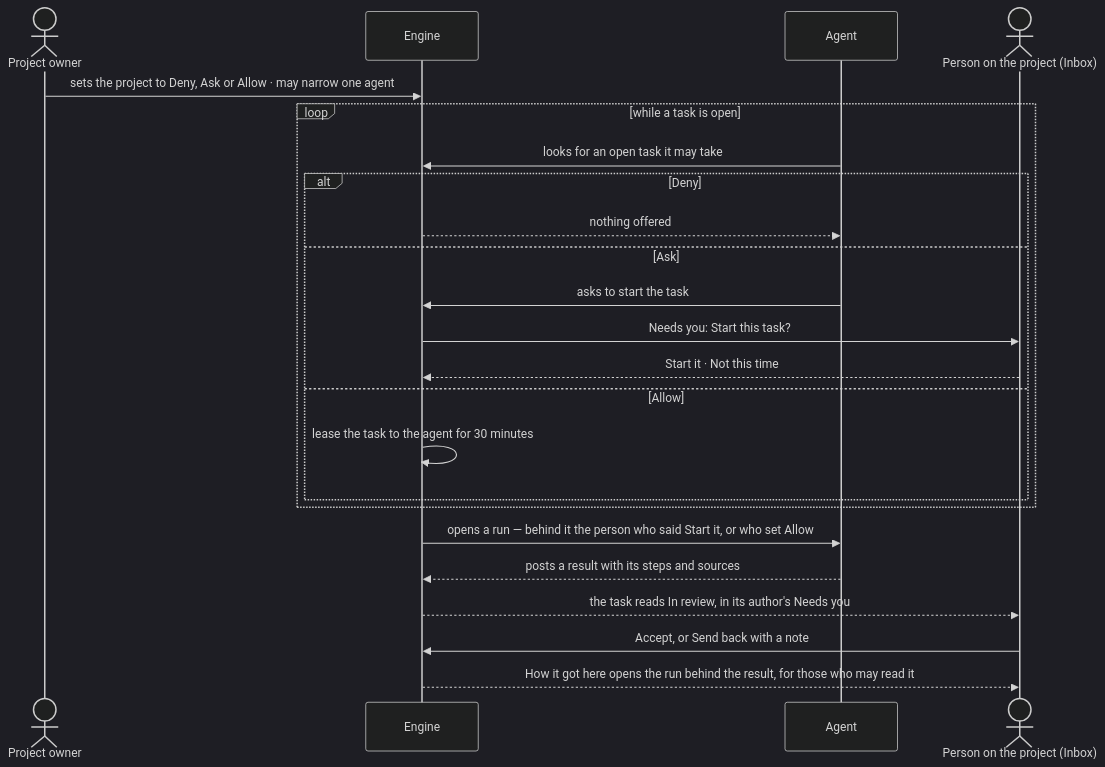
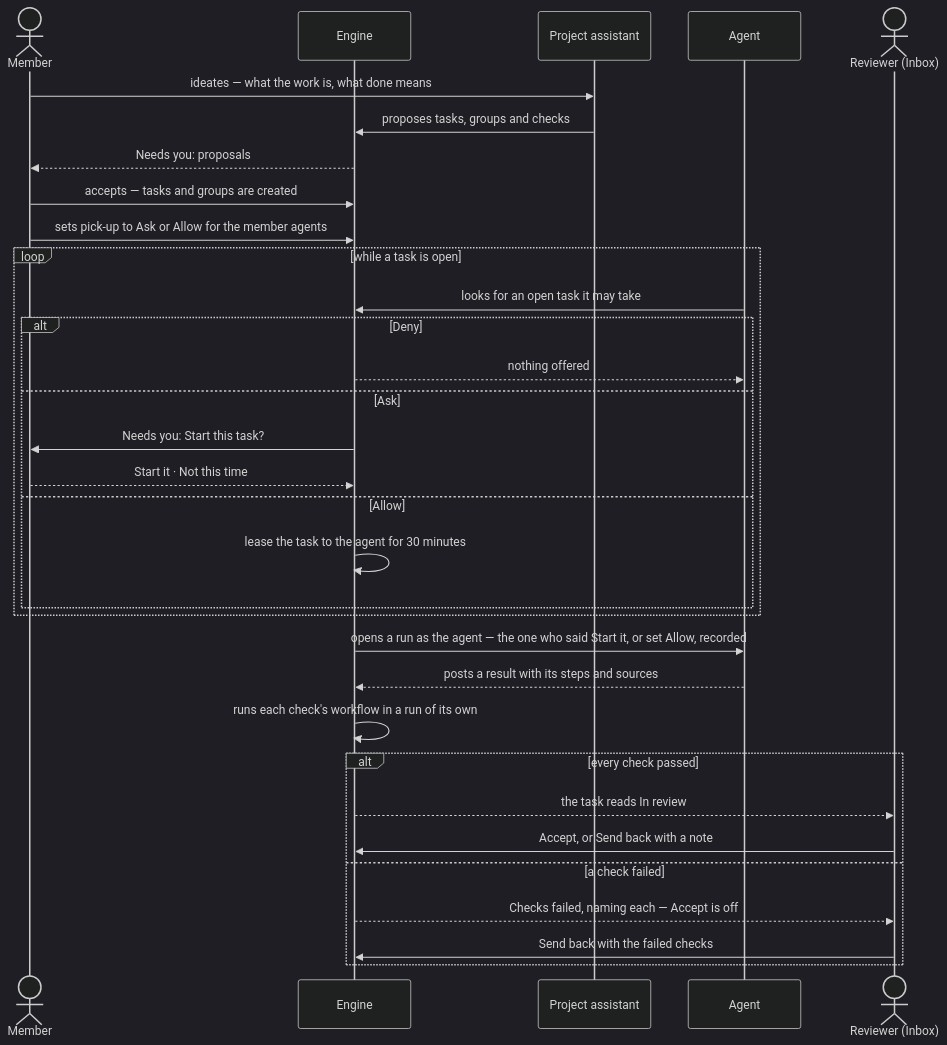
One commit to invana/invana changed the second of 2 diagrams in specs/capabilities/projects/features/PJ-F01-projects-and-tasks/feature.md. Above: the diagram before and after it, drawn with Mermaid (dark theme). The commit also changed other lines of this file and 300 other files, not shown here.

````diff
--- a/specs/capabilities/projects/features/PJ-F01-projects-and-tasks/feature.md
+++ b/specs/capabilities/projects/features/PJ-F01-projects-and-tasks/feature.md
@@ -70,25 +80,34 @@
 ```mermaid
 sequenceDiagram
-  actor O as Project owner
+  actor M as Member
   participant E as Engine
+  participant PA as Project assistant
   participant A as Agent
-  actor D as Person on the project (Inbox)
-  O->>E: sets the project to Deny, Ask or Allow · may narrow one agent
+  actor R as Reviewer (Inbox)
+  M->>PA: ideates — what the work is, what done means
+  PA->>E: proposes tasks, groups and checks
+  E-->>M: Needs you: proposals
+  M->>E: accepts — tasks and groups are created
+  M->>E: sets pick-up to Ask or Allow for the member agents
   loop while a task is open
     A->>E: looks for an open task it may take
     alt Deny
       E-->>A: nothing offered
     else Ask
-      A->>E: asks to start the task
-      E->>D: Needs you: Start this task?
-      D-->>E: Start it · Not this time
+      E->>M: Needs you: Start this task?
+      M-->>E: Start it · Not this time
     else Allow
       E->>E: lease the task to the agent for 30 minutes
     end
   end
-  E->>A: opens a run — behind it the person who said Start it, or who set Allow
+  E->>A: opens a run as the agent — the one who said Start it, or set Allow, recorded
   A-->>E: posts a result with its steps and sources
-  E-->>D: the task reads In review, in its author's Needs you
-  D->>E: Accept, or Send back with a note
-  E-->>D: How it got here opens the run behind the result, for those who may read it
+  E->>E: runs each check's workflow in a run of its own
+  alt every check passed
+    E-->>R: the task reads In review
+    R->>E: Accept, or Send back with a note
+  else a check failed
+    E-->>R: Checks failed, naming each — Accept is off
+    R->>E: Send back with the failed checks
+  end
 ```
````
